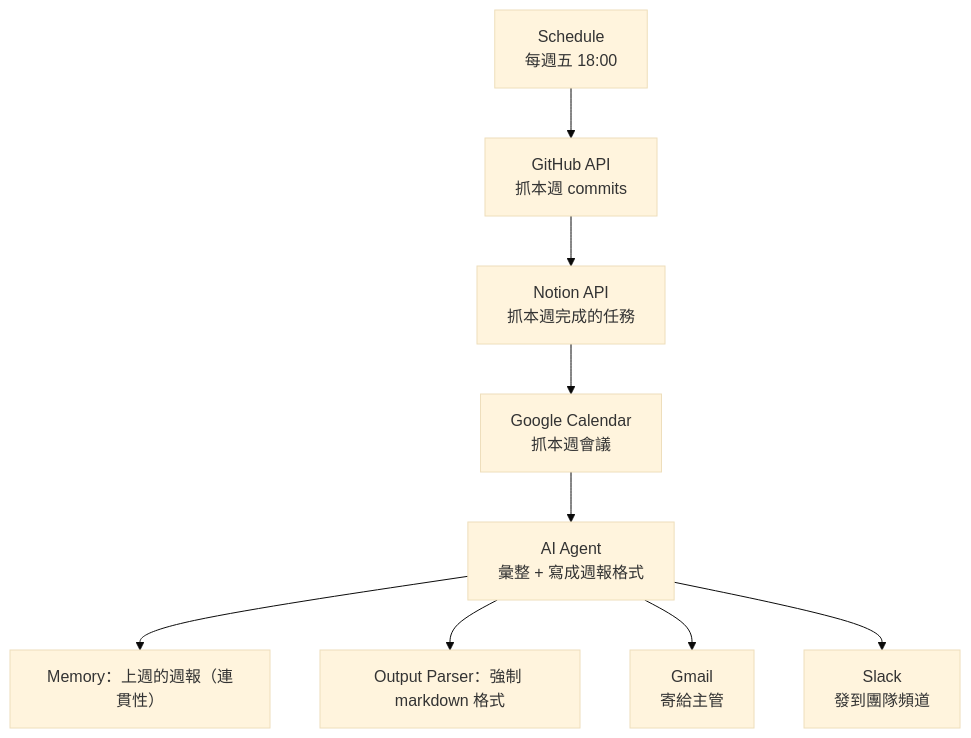
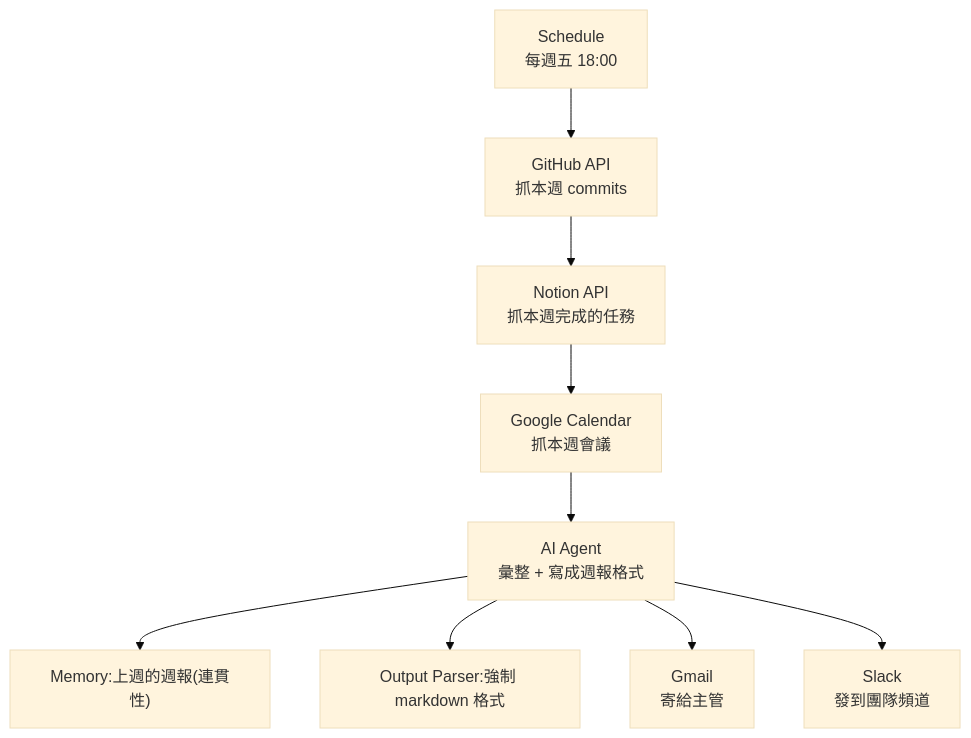
Diagram 16 of 47 in Guide.md (deadline314/Lesson3-AI-Tools), drawn with Mermaid (base theme) before and after one commit. The commit also changed other lines of this file and 25 other files, not shown here.

````diff
--- a/Guide.md
+++ b/Guide.md
@@ -566,11 +844,11 @@
 ```mermaid
 flowchart TD
     S["Schedule<br/>每週五 18:00"] --> GH["GitHub API<br/>抓本週 commits"]
     GH --> NT["Notion API<br/>抓本週完成的任務"]
     NT --> GC["Google Calendar<br/>抓本週會議"]
     GC --> AI["AI Agent<br/>彙整 + 寫成週報格式"]
-    AI --> Mem["Memory：上週的週報（連貫性）"]
-    AI --> OP["Output Parser：強制 markdown 格式"]
+    AI --> Mem["Memory:上週的週報(連貫性)"]
+    AI --> OP["Output Parser:強制 markdown 格式"]
     AI --> Gmail["Gmail<br/>寄給主管"]
     AI --> Slack["Slack<br/>發到團隊頻道"]
 ```
````
